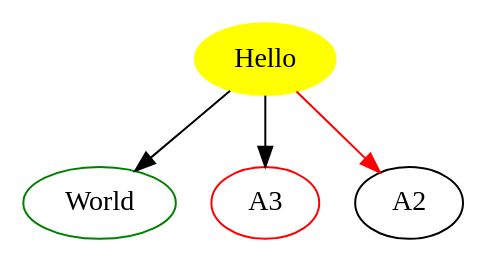
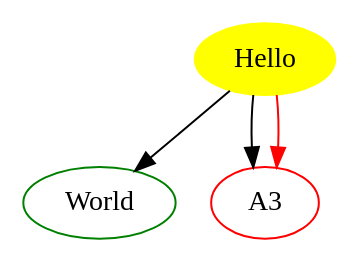
The diagram in example.dot (kapilsukhyani/testrepo), drawn with Graphviz before and after one commit.

Commit message:
final change again

```diff
--- a/example.dot
+++ b/example.dot
@@ -1,7 +1,7 @@
 digraph d {
  A [label="Hello",color=yellow, style=filled ]
  A1 [label="World"]
  
  A -> { A1[color=green]  A3[color=red]} 
- A -> {A2} [color=red]
+ A ->  {  A3  } [color=red]
 }
```
